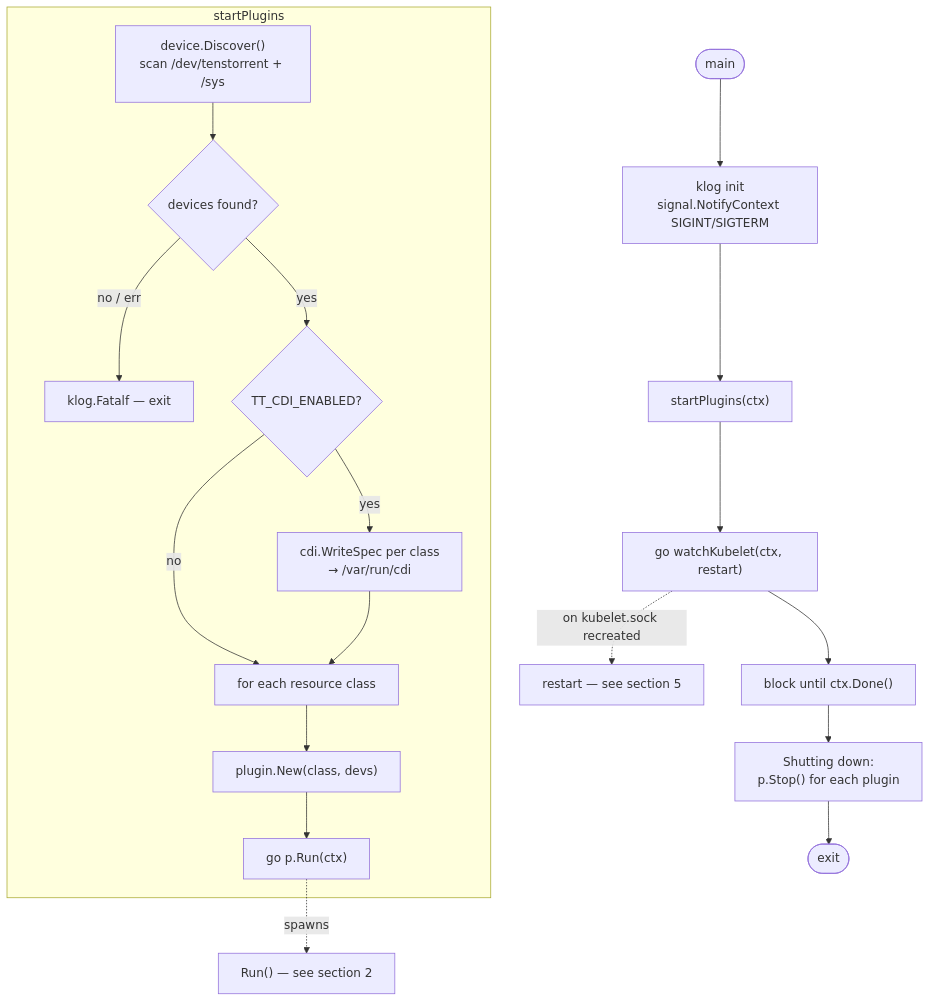
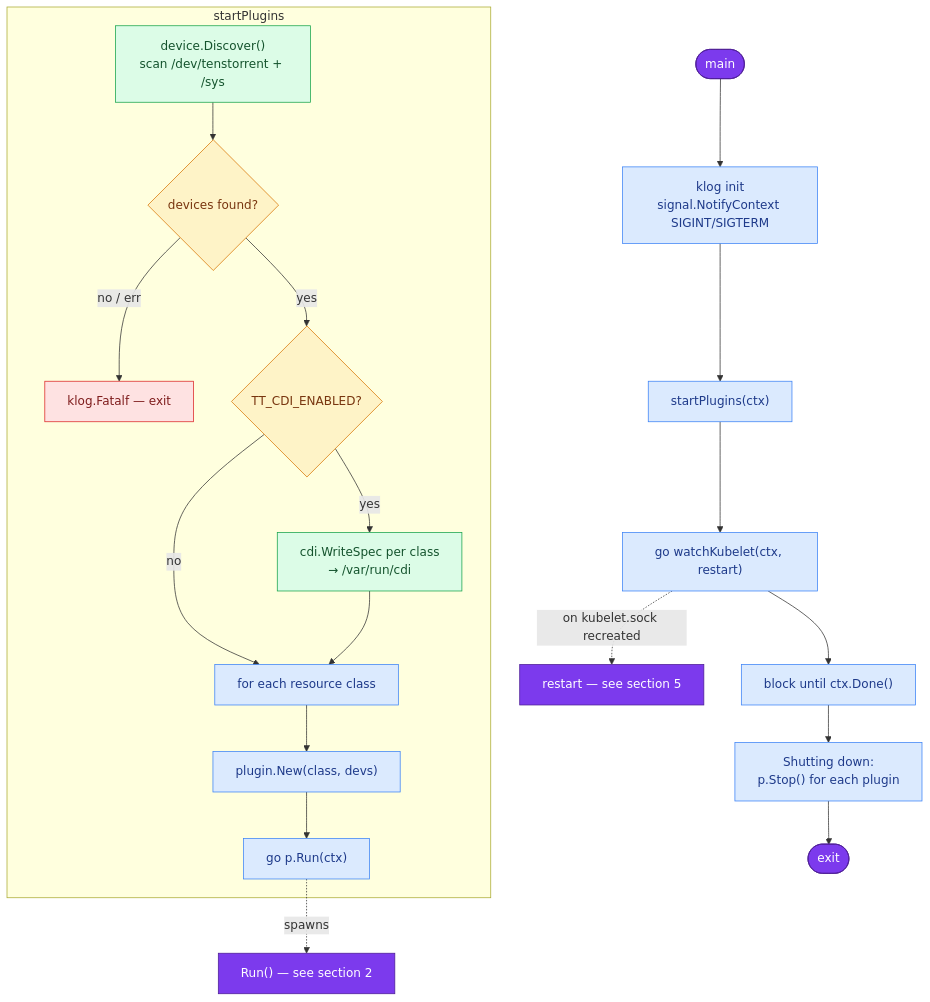
One commit to guhaneswaran/tt-k8s-device-plugin changed the third of 7 diagrams in CONTROL_FLOW.md. Above: the diagram before and after it, drawn with Mermaid. The commit also changed other lines of this file and 1 other file, not shown here.

First line of the commit message:
Enhance diagrams: styled sequence diagram + color-coded flowcharts

````diff
--- a/CONTROL_FLOW.md
+++ b/CONTROL_FLOW.md
@@ -67,25 +124,36 @@
 ```mermaid
 flowchart TD
   START([main]) --> INIT["klog init<br/>signal.NotifyContext SIGINT/SIGTERM"]
   INIT --> SP["startPlugins(ctx)"]
 
   subgraph SPB["startPlugins"]
     DISC["device.Discover()<br/>scan /dev/tenstorrent + /sys"]
     DISC --> CHK{"devices found?"}
     CHK -->|no / err| FATAL["klog.Fatalf — exit"]
     CHK -->|yes| CDIQ{"TT_CDI_ENABLED?"}
     CDIQ -->|yes| WSPEC["cdi.WriteSpec per class<br/>→ /var/run/cdi"]
     CDIQ -->|no| LOOP
     WSPEC --> LOOP["for each resource class"]
     LOOP --> NEW["plugin.New(class, devs)"]
     NEW --> GORUN["go p.Run(ctx)"]
   end
 
   SP --> WATCH["go watchKubelet(ctx, restart)"]
   WATCH --> BLOCK["block until ctx.Done()"]
   BLOCK --> SHUT["Shutting down:<br/>p.Stop() for each plugin"]
   SHUT --> END([exit])
 
   GORUN -.->|spawns| RUNREF["Run() — see section 2"]
   WATCH -.->|on kubelet.sock recreated| RSTREF["restart — see section 5"]
+
+  classDef entry fill:#7c3aed,color:#fff,stroke:#4c1d95;
+  classDef proc fill:#dbeafe,stroke:#3b82f6,color:#1e3a8a;
+  classDef dec fill:#fef3c7,stroke:#d97706,color:#78350f;
+  classDef good fill:#dcfce7,stroke:#16a34a,color:#14532d;
+  classDef err fill:#fee2e2,stroke:#dc2626,color:#7f1d1d;
+  class START,END,RUNREF,RSTREF entry;
+  class INIT,SP,LOOP,NEW,GORUN,WATCH,BLOCK,SHUT proc;
+  class CHK,CDIQ dec;
+  class DISC,WSPEC good;
+  class FATAL err;
 ```
````
